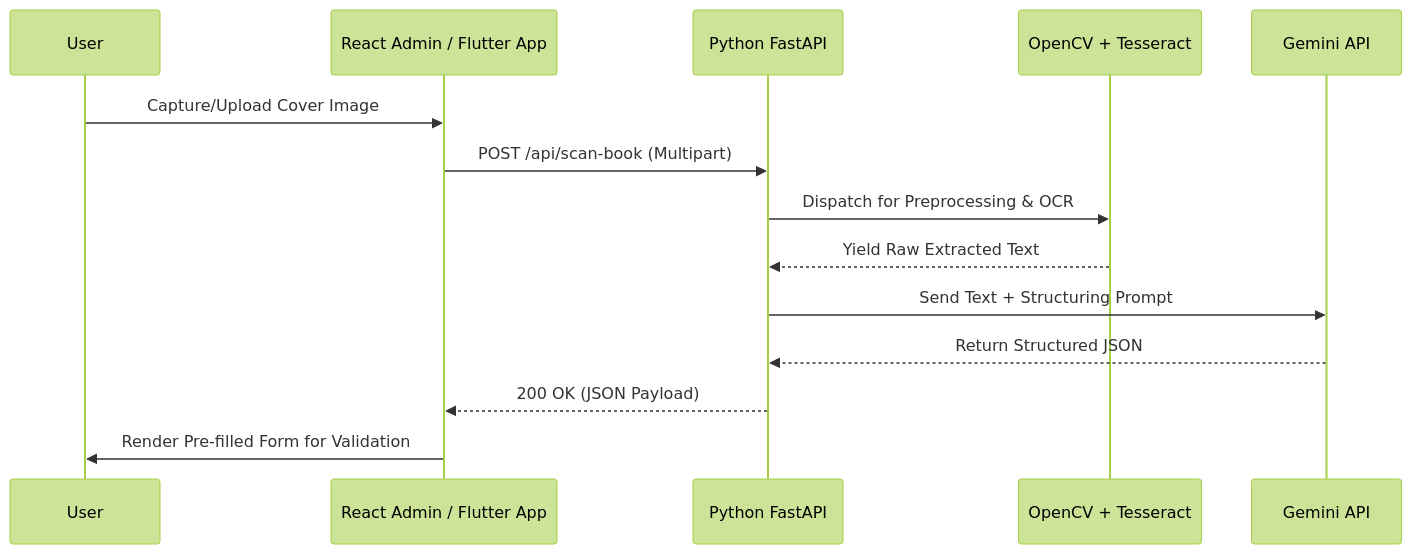
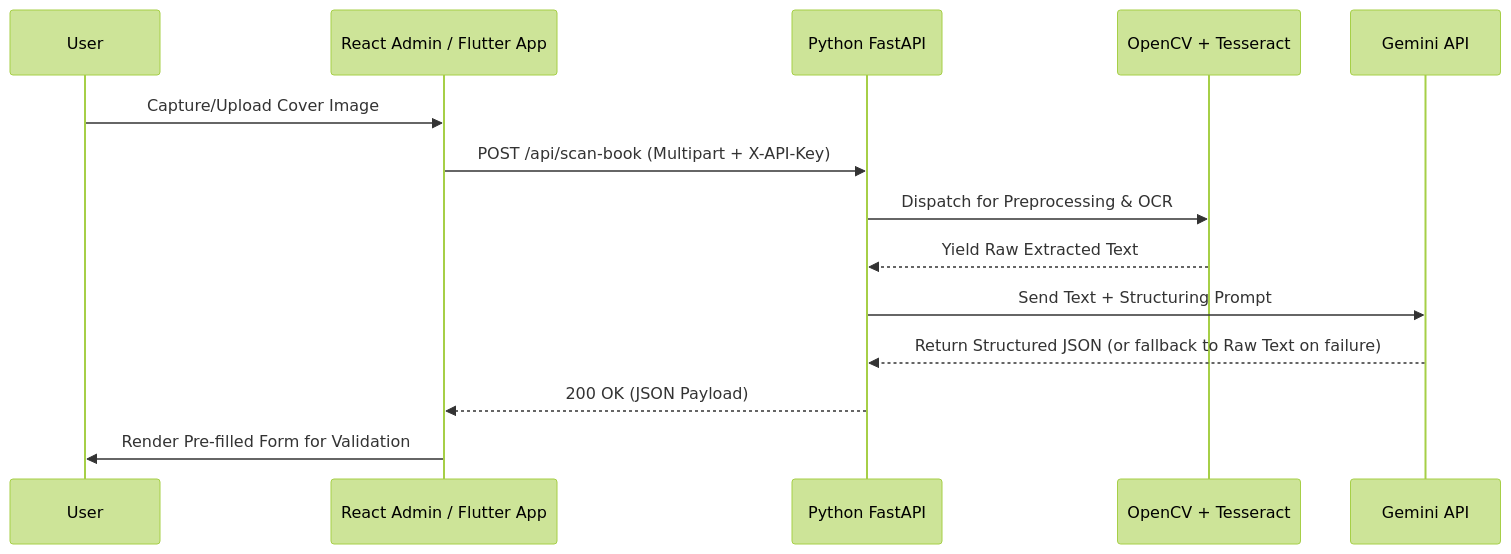
Before and after one commit to prasajanravishka/library_system-: the diagram in doc/ocr_workflow.md, drawn with Mermaid (forest theme). The commit also changed other lines of this file and 26 other files, not shown here.

Commit message:
feat: implement comprehensive admin panel routing, book detail management, and backend API routes for library operations

````diff
--- a/doc/ocr_workflow.md
+++ b/doc/ocr_workflow.md
@@ -41,17 +43,17 @@
 ```mermaid
 sequenceDiagram
     participant User
     participant Client as React Admin / Flutter App
     participant API as Python FastAPI
     participant CV as OpenCV + Tesseract
     participant LLM as Gemini API
 
     User->>Client: Capture/Upload Cover Image
-    Client->>API: POST /api/scan-book (Multipart)
+    Client->>API: POST /api/scan-book (Multipart + X-API-Key)
     API->>CV: Dispatch for Preprocessing & OCR
     CV-->>API: Yield Raw Extracted Text
     API->>LLM: Send Text + Structuring Prompt
-    LLM-->>API: Return Structured JSON
+    LLM-->>API: Return Structured JSON (or fallback to Raw Text on failure)
     API-->>Client: 200 OK (JSON Payload)
     Client->>User: Render Pre-filled Form for Validation
 ```
````
